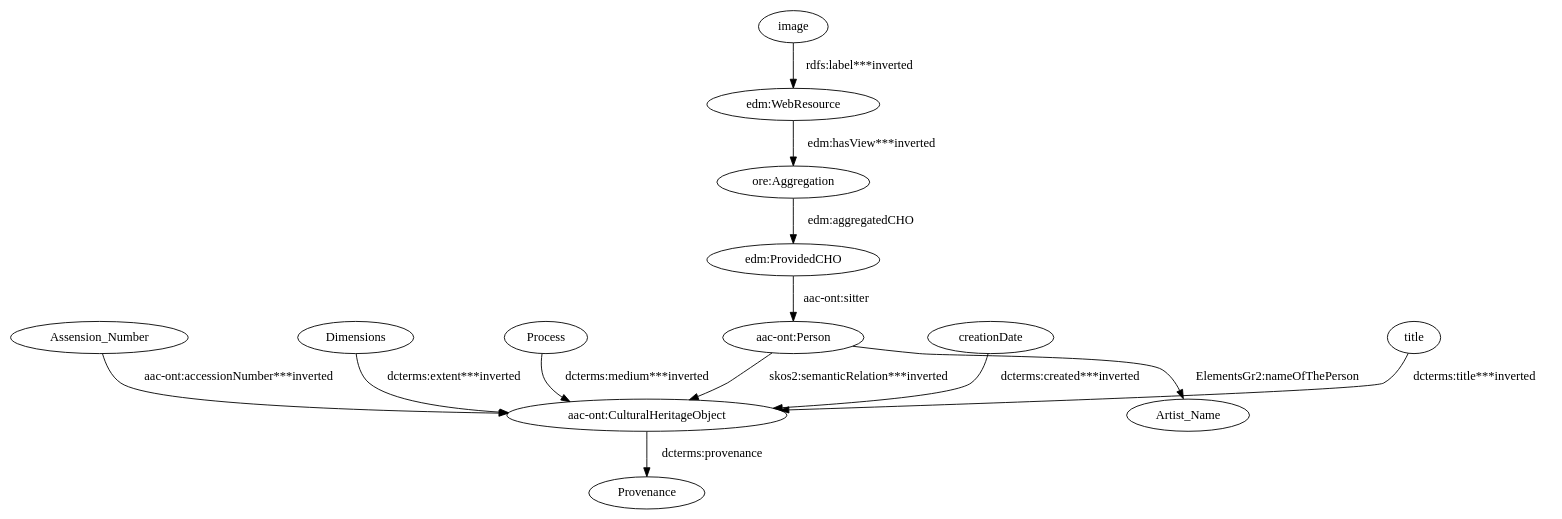
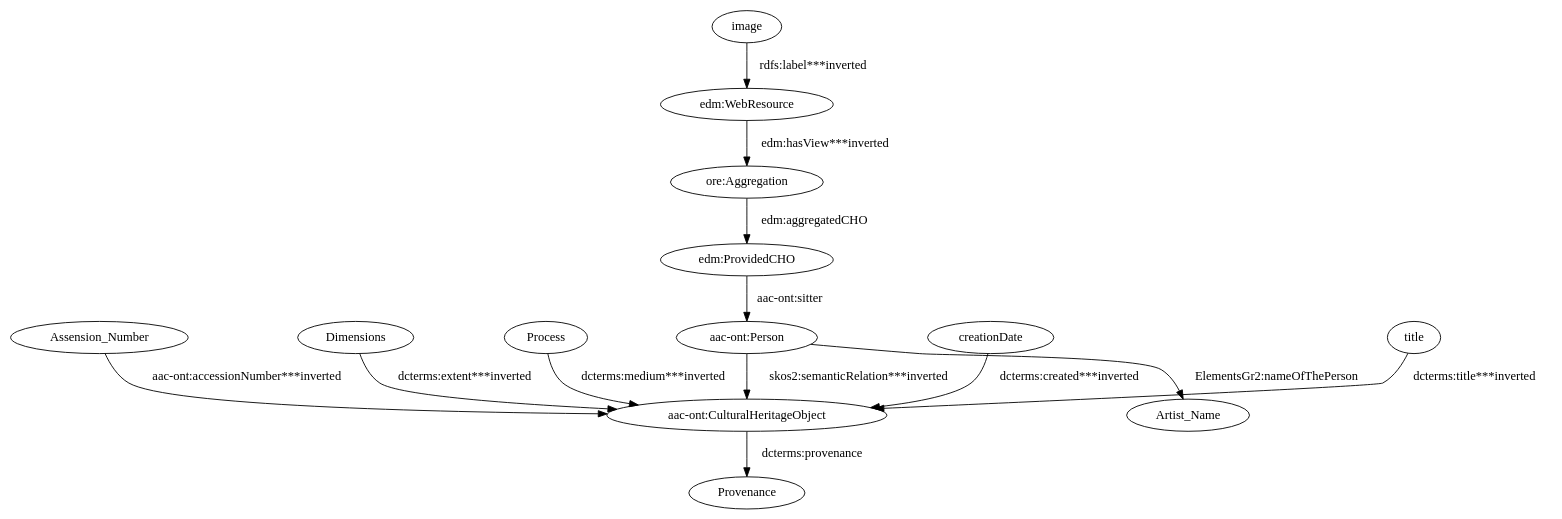
One commit to giuseppefutia/semi changed the diagram in data/taheriyan2016/task_03/semantic_models/steiner/dot/s22-s-moca.dot. Above: the diagram before and after it, drawn with Graphviz. The commit also changed 223 other files, not shown here.

```diff
--- a/data/taheriyan2016/task_03/semantic_models/steiner/dot/s22-s-moca.dot
+++ b/data/taheriyan2016/task_03/semantic_models/steiner/dot/s22-s-moca.dot
@@ -1,27 +1,27 @@
 digraph {
   Assension_Number [type=attribute_name,label=Assension_Number]
   "aac-ont:CulturalHeritageObject1" [type=class_uri,label="aac-ont:CulturalHeritageObject"]
   Dimensions [type=attribute_name,label=Dimensions]
   Process [type=attribute_name,label=Process]
   Provenance [type=attribute_name,label=Provenance]
   "aac-ont:Person1" [type=class_uri,label="aac-ont:Person"]
   Artist_Name [type=attribute_name,label=Artist_Name]
   creationDate [type=attribute_name,label=creationDate]
   "edm:ProvidedCHO" [type=class_uri,label="edm:ProvidedCHO"]
   "edm:WebResource1" [type=class_uri,label="edm:WebResource"]
   "ore:Aggregation" [type=class_uri,label="ore:Aggregation"]
   image [type=attribute_name,label=image]
   title [type=attribute_name,label=title]
-  Assension_Number -> "aac-ont:CulturalHeritageObject1" [type=st_property_uri,label="aac-ont:accessionNumber***inverted"]
-  Dimensions -> "aac-ont:CulturalHeritageObject1" [type=st_property_uri,label="dcterms:extent***inverted"]
-  Process -> "aac-ont:CulturalHeritageObject1" [type=st_property_uri,label="dcterms:medium***inverted"]
+  Assension_Number -> "aac-ont:CulturalHeritageObject1" [type=st_property_uri,label="aac-ont:accessionNumber***inverted",weight=1]
+  Dimensions -> "aac-ont:CulturalHeritageObject1" [type=st_property_uri,label="dcterms:extent***inverted",weight=1]
+  Process -> "aac-ont:CulturalHeritageObject1" [type=st_property_uri,label="dcterms:medium***inverted",weight=1]
   "aac-ont:CulturalHeritageObject1" -> Provenance [label="dcterms:provenance",type=st_property_uri]
   "aac-ont:Person1" -> Artist_Name [label="ElementsGr2:nameOfThePerson",type=st_property_uri]
-  "aac-ont:Person1" -> "aac-ont:CulturalHeritageObject1" [type=inherited,label="skos2:semanticRelation***inverted"]
-  creationDate -> "aac-ont:CulturalHeritageObject1" [type=st_property_uri,label="dcterms:created***inverted"]
-  "edm:ProvidedCHO" -> "aac-ont:Person1" [label="aac-ont:sitter",type=direct_property_uri]
-  "edm:WebResource1" -> "ore:Aggregation" [type=direct_property_uri,label="edm:hasView***inverted"]
-  image -> "edm:WebResource1" [type=st_property_uri,label="rdfs:label***inverted"]
-  "ore:Aggregation" -> "edm:ProvidedCHO" [label="edm:aggregatedCHO",type=direct_property_uri]
-  title -> "aac-ont:CulturalHeritageObject1" [type=st_property_uri,label="dcterms:title***inverted"]
+  "aac-ont:Person1" -> "aac-ont:CulturalHeritageObject1" [type=inherited,label="skos2:semanticRelation***inverted",weight=4]
+  creationDate -> "aac-ont:CulturalHeritageObject1" [type=st_property_uri,label="dcterms:created***inverted",weight=1]
+  "edm:ProvidedCHO" -> "aac-ont:Person1" [label="aac-ont:sitter",type=direct_property_uri,weight=1]
+  "edm:WebResource1" -> "ore:Aggregation" [type=direct_property_uri,label="edm:hasView***inverted",weight=1]
+  image -> "edm:WebResource1" [type=st_property_uri,label="rdfs:label***inverted",weight=1]
+  "ore:Aggregation" -> "edm:ProvidedCHO" [label="edm:aggregatedCHO",type=direct_property_uri,weight=1]
+  title -> "aac-ont:CulturalHeritageObject1" [type=st_property_uri,label="dcterms:title***inverted",weight=1]
 }
```
